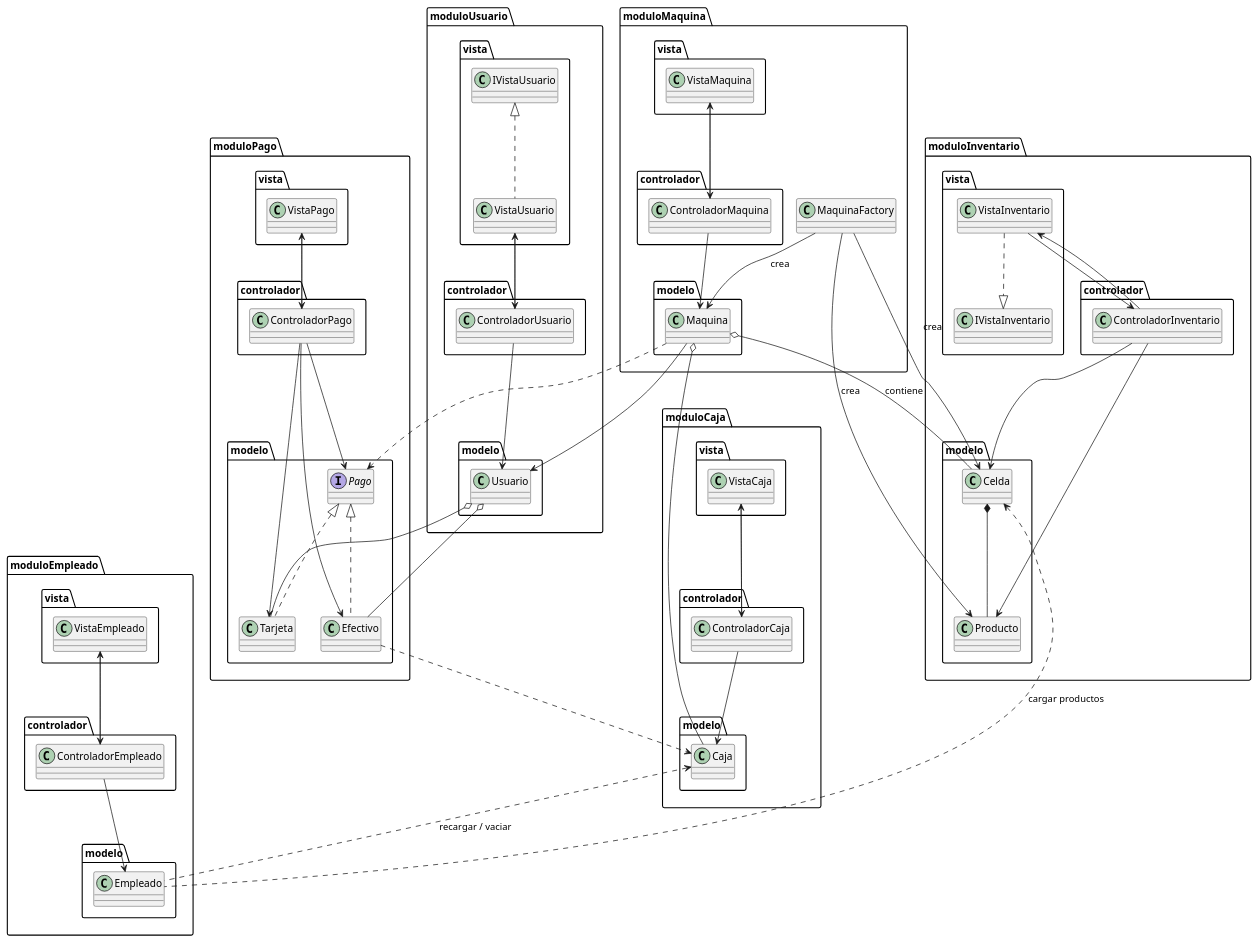
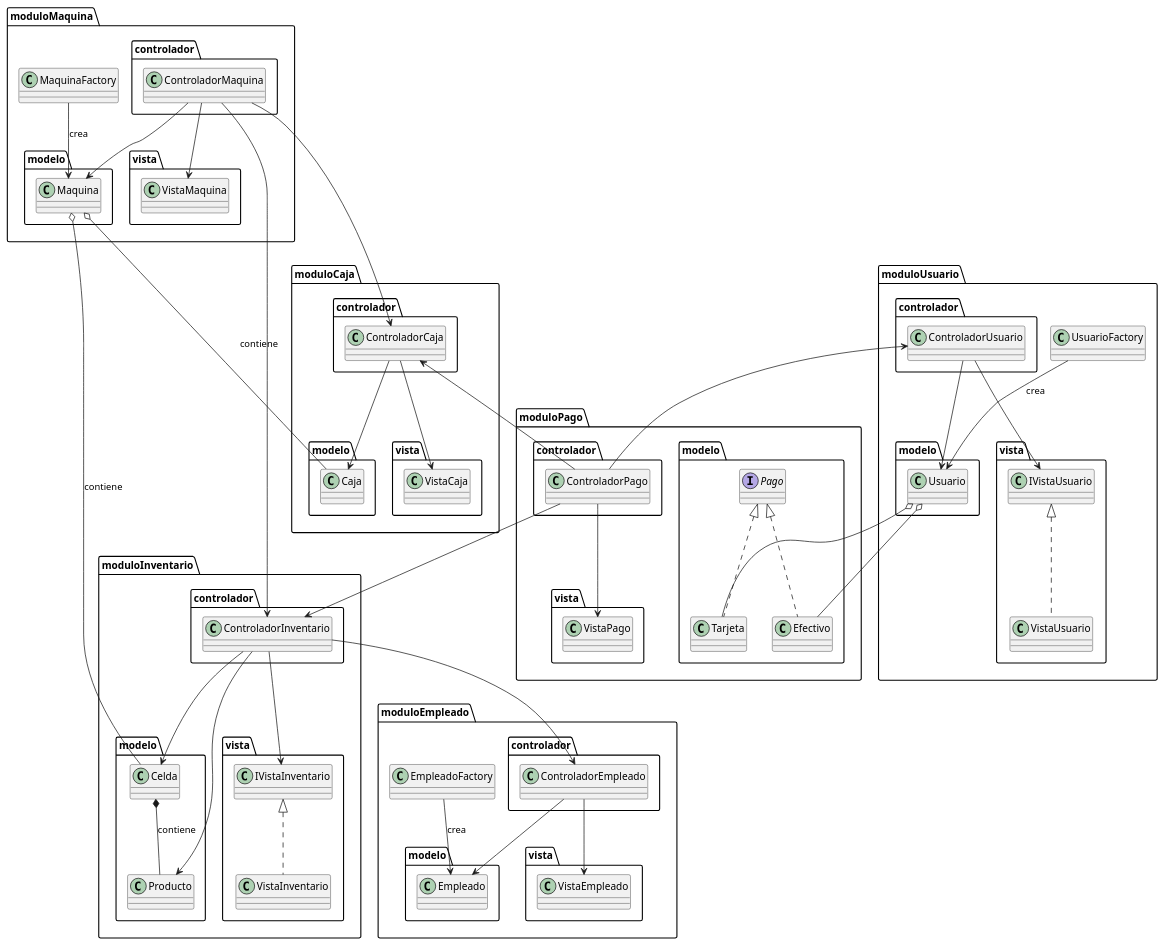
One commit to mmasias/24-25-IdSw2-SDD changed the diagram in documentos/modeloDeDominio/diagramaDeClases/diagramaDeClasesObjetos.puml. Above: the diagram before and after it, drawn with PlantUML. The commit also changed 1 other file, not shown here.

```diff
--- a/documentos/modeloDeDominio/diagramaDeClases/diagramaDeClasesObjetos.puml
+++ b/documentos/modeloDeDominio/diagramaDeClases/diagramaDeClasesObjetos.puml
@@ -1,128 +1,122 @@
 @startuml
 package "moduloMaquina" {
     package "modelo" {
         class Maquina
     }
     package "vista" {
         class VistaMaquina
     }
     package "controlador" {
         class ControladorMaquina
     }
     class MaquinaFactory
 }
 
 package "moduloInventario" {
     package "modelo" {
         class Celda
         class Producto
     }
     package "vista" {
         class IVistaInventario
         class VistaInventario
     }
     package "controlador" {
         class ControladorInventario
     }
 }
 
 package "moduloCaja" {
     package "modelo" {
         class Caja
     }
     package "vista" {
         class VistaCaja
     }
     package "controlador" {
         class ControladorCaja
     }
 }
 
 package "moduloPago" {
     package "modelo" {
         interface Pago
         class Efectivo
         class Tarjeta
     }
     package "vista" {
         class VistaPago
     }
     package "controlador" {
         class ControladorPago
     }
 }
 
 package "moduloUsuario" {
     package "modelo" {
         class Usuario
     }
     package "vista" {
         class VistaUsuario
         class IVistaUsuario
     }
     package "controlador" {
         class ControladorUsuario
     }
+    class UsuarioFactory
 }
 
 package "moduloEmpleado" {
     package "modelo" {
         class Empleado
     }
     package "vista" {
         class VistaEmpleado
     }
     package "controlador" {
         class ControladorEmpleado
     }
+    class EmpleadoFactory
 }
 
 Maquina o-- Celda : contiene
-Maquina o-- Caja
-Maquina --> Usuario
-Maquina ..> Pago
-
-Celda *-- Producto
-Efectivo ..> Caja
+Maquina o-- Caja : contiene
+Celda *-- Producto : contiene
 Usuario o-- Tarjeta
 Usuario o-- Efectivo
 
-Empleado .u.> Caja : recargar / vaciar
-Empleado .u.> Celda : cargar productos
-
+Efectivo .u.|> Pago
 Tarjeta .u.|> Pago
-Efectivo .u.|> Pago
+VistaInventario .u.|> IVistaInventario
+VistaUsuario .u.|> IVistaUsuario
 
 MaquinaFactory --> Maquina : crea
-MaquinaFactory --> Celda : crea
-MaquinaFactory --> Producto : crea
+UsuarioFactory --> Usuario : crea
+EmpleadoFactory --> Empleado : crea
 
 ControladorMaquina --> Maquina
-VistaMaquina --> ControladorMaquina
 ControladorMaquina --> VistaMaquina
 
 ControladorInventario --> Celda
 ControladorInventario --> Producto
-VistaInventario --> ControladorInventario
-ControladorInventario --> VistaInventario
-VistaInventario ..|> IVistaInventario
+ControladorInventario --> IVistaInventario
 
 ControladorCaja --> Caja
-VistaCaja --> ControladorCaja
 ControladorCaja --> VistaCaja
 
-ControladorPago --> Pago
-ControladorPago --> Efectivo
-ControladorPago --> Tarjeta
-VistaPago --> ControladorPago
 ControladorPago --> VistaPago
 
 ControladorUsuario --> Usuario
-VistaUsuario --> ControladorUsuario
-ControladorUsuario --> VistaUsuario
-VistaUsuario .u.|> IVistaUsuario
+ControladorUsuario --> IVistaUsuario
 
 ControladorEmpleado --> Empleado
-VistaEmpleado --> ControladorEmpleado
 ControladorEmpleado --> VistaEmpleado
+
+ControladorPago --> ControladorUsuario
+ControladorPago --> ControladorInventario
+ControladorPago -u-> ControladorCaja
+ControladorInventario --> ControladorEmpleado
+ControladorMaquina --> ControladorInventario
+ControladorMaquina ---> ControladorCaja
+
 @enduml
```
